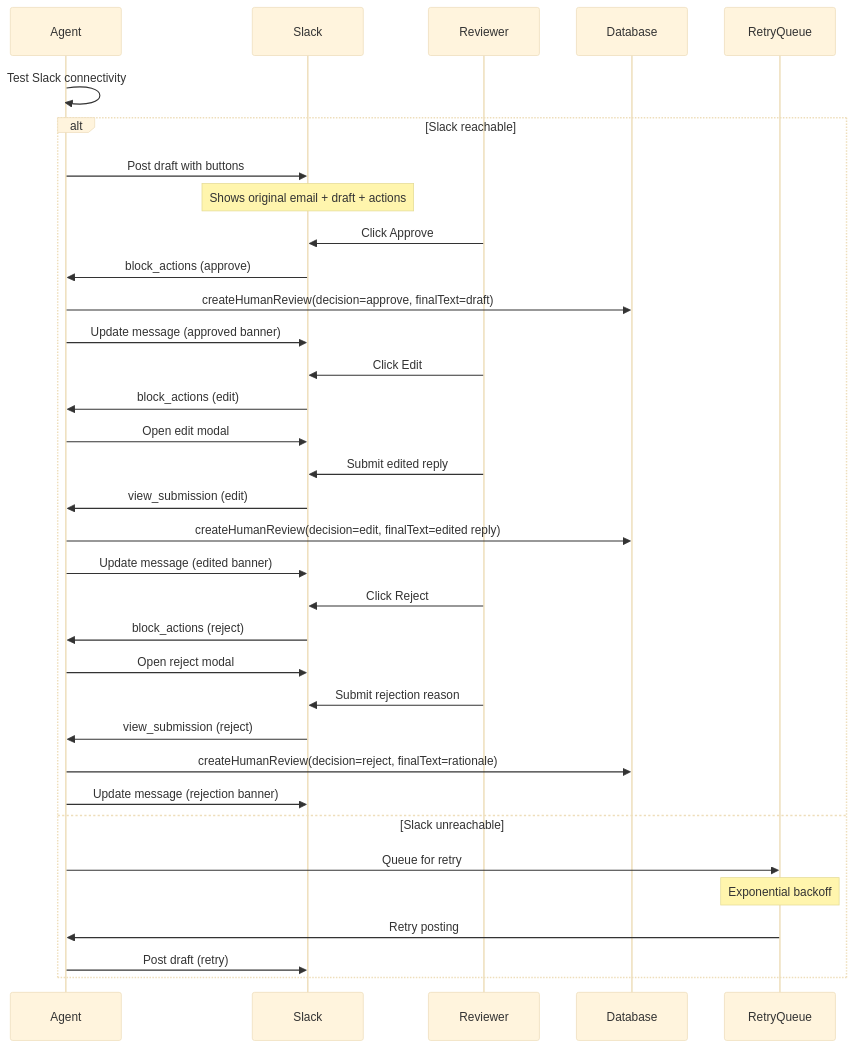
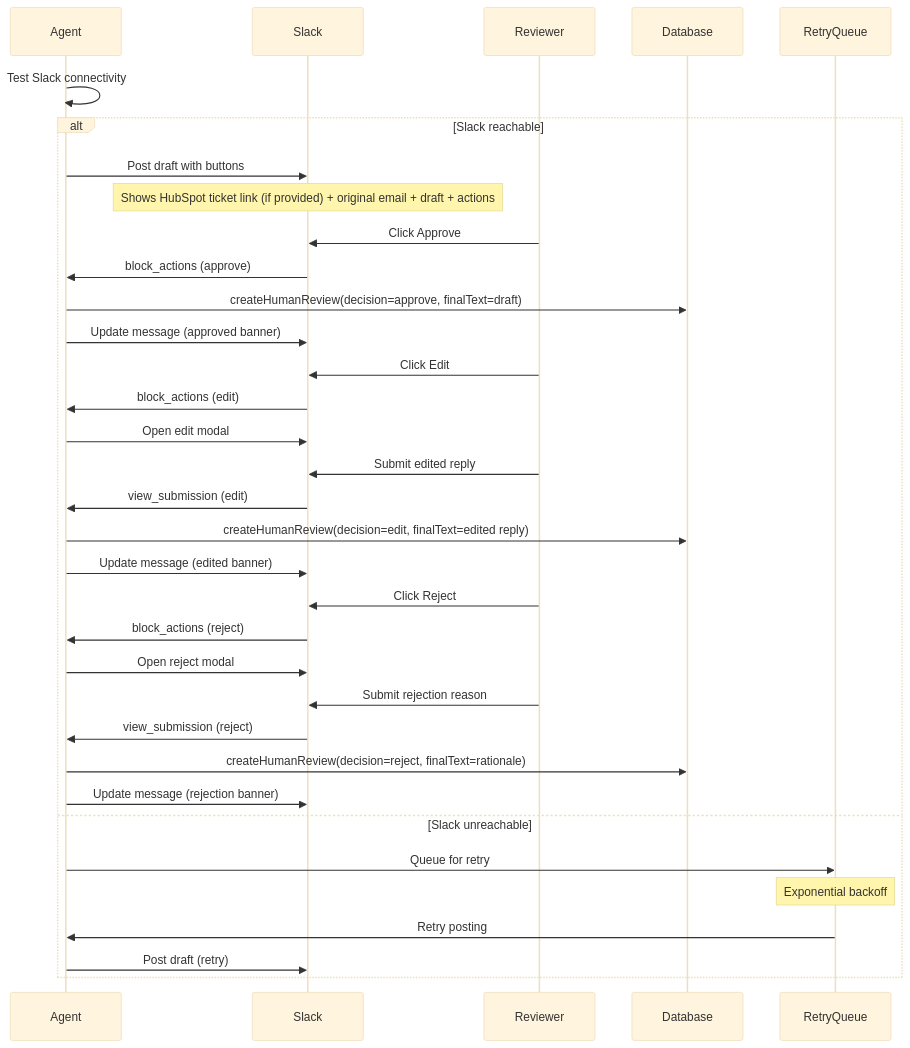
Before and after one commit to duhman/agents: the sixth of 7 diagrams in agent-process-flow.md, drawn with Mermaid (base theme). The commit also changed 8 other files, not shown here.

Commit message:
feat(slack): enhance Slack integration with direct HubSpot ticket links and update webhook payload to include ticketID

````diff
--- a/agent-process-flow.md
+++ b/agent-process-flow.md
@@ -217,40 +217,40 @@
 ```mermaid
 sequenceDiagram
     participant Agent
     participant Slack
     participant Reviewer
     participant Database
     participant RetryQueue
     
     Agent->>Agent: Test Slack connectivity
     alt Slack reachable
         Agent->>Slack: Post draft with buttons
-        Note over Slack: Shows original email + draft + actions
+        Note over Slack: Shows HubSpot ticket link (if provided) + original email + draft + actions
         
         Reviewer->>Slack: Click Approve
         Slack->>Agent: block_actions (approve)
         Agent->>Database: createHumanReview(decision=approve, finalText=draft)
         Agent->>Slack: Update message (approved banner)
         
         Reviewer->>Slack: Click Edit
         Slack->>Agent: block_actions (edit)
         Agent->>Slack: Open edit modal
         Reviewer->>Slack: Submit edited reply
         Slack->>Agent: view_submission (edit)
         Agent->>Database: createHumanReview(decision=edit, finalText=edited reply)
         Agent->>Slack: Update message (edited banner)
         
         Reviewer->>Slack: Click Reject
         Slack->>Agent: block_actions (reject)
         Agent->>Slack: Open reject modal
         Reviewer->>Slack: Submit rejection reason
         Slack->>Agent: view_submission (reject)
         Agent->>Database: createHumanReview(decision=reject, finalText=rationale)
         Agent->>Slack: Update message (rejection banner)
     else Slack unreachable
         Agent->>RetryQueue: Queue for retry
         Note over RetryQueue: Exponential backoff
         RetryQueue->>Agent: Retry posting
         Agent->>Slack: Post draft (retry)
     end
 ```
````
